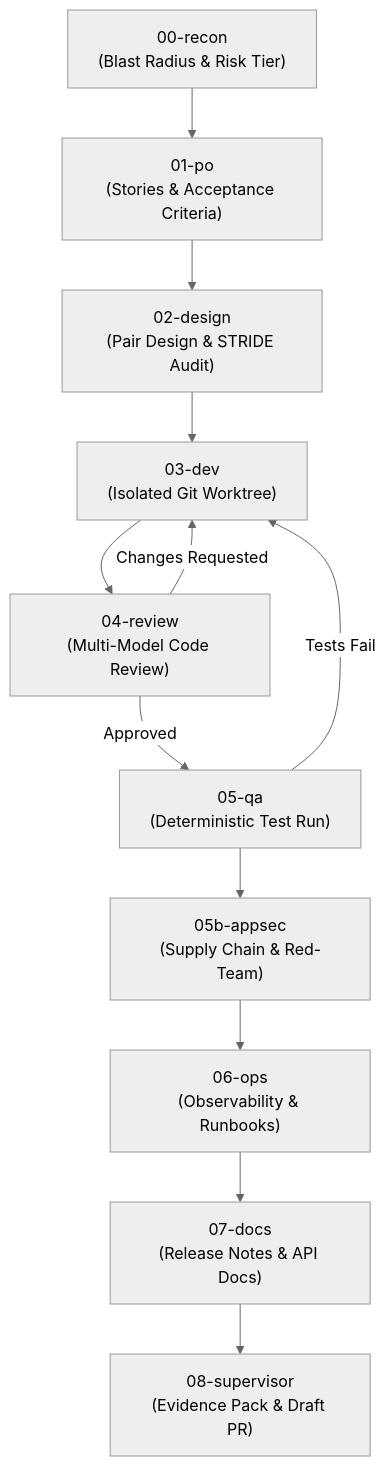
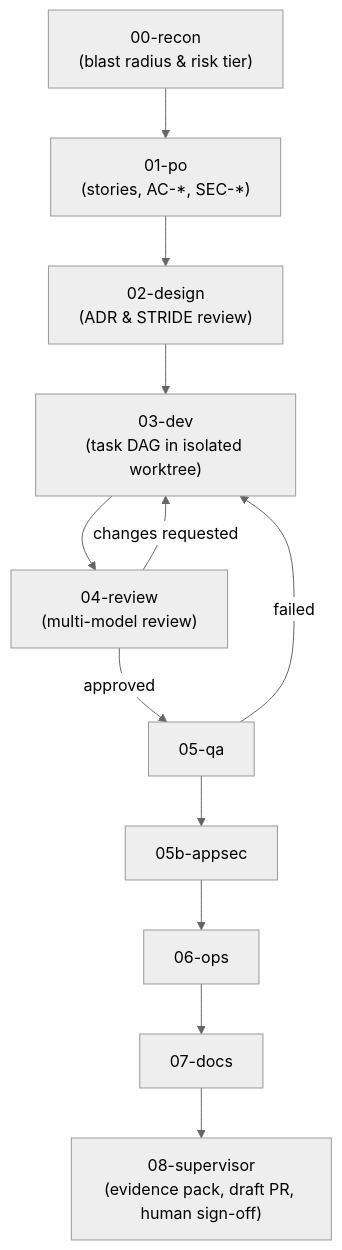
One commit to brushtyler/ssdlc changed the diagram in README.md. Above: the diagram before and after it, drawn with Mermaid (neutral theme). The commit also changed other lines of this file and 6 other files, not shown here.

````diff
--- a/README.md
+++ b/README.md
@@ -48,14 +38,14 @@
 ```mermaid
 flowchart TD
-    P0["00-recon<br/>(Blast Radius & Risk Tier)"] --> P1["01-po<br/>(Stories & Acceptance Criteria)"]
-    P1 --> P2["02-design<br/>(Pair Design & STRIDE Audit)"]
-    P2 --> P3["03-dev<br/>(Isolated Git Worktree)"]
-    P3 --> P4["04-review<br/>(Multi-Model Code Review)"]
-    P4 -->|Changes Requested| P3
-    P4 -->|Approved| P5["05-qa<br/>(Deterministic Test Run)"]
-    P5 -->|Tests Fail| P3
-    P5 --> P5b["05b-appsec<br/>(Supply Chain & Red-Team)"]
-    P5b --> P6["06-ops<br/>(Observability & Runbooks)"]
-    P6 --> P7["07-docs<br/>(Release Notes & API Docs)"]
-    P7 --> P8["08-supervisor<br/>(Evidence Pack & Draft PR)"]
+    P0["00-recon<br/>(blast radius & risk tier)"] --> P1["01-po<br/>(stories, AC-*, SEC-*)"]
+    P1 --> P2["02-design<br/>(ADR & STRIDE review)"]
+    P2 --> P3["03-dev<br/>(task DAG in isolated worktree)"]
+    P3 --> P4["04-review<br/>(multi-model review)"]
+    P4 -->|changes requested| P3
+    P4 -->|approved| P5["05-qa"]
+    P5 -->|failed| P3
+    P5 --> P5b["05b-appsec"]
+    P5b --> P6["06-ops"]
+    P6 --> P7["07-docs"]
+    P7 --> P8["08-supervisor<br/>(evidence pack, draft PR, human sign-off)"]
 ```
````
